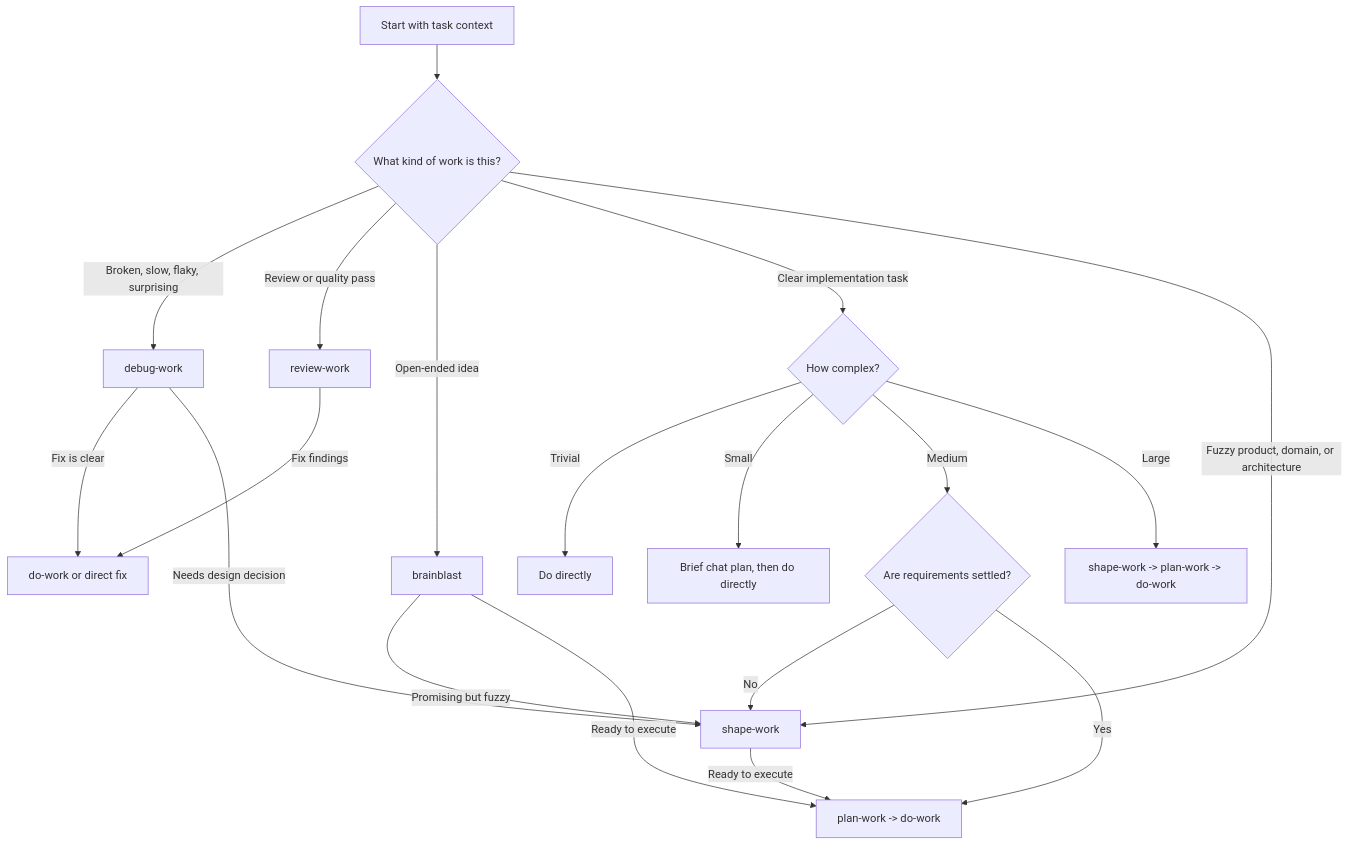
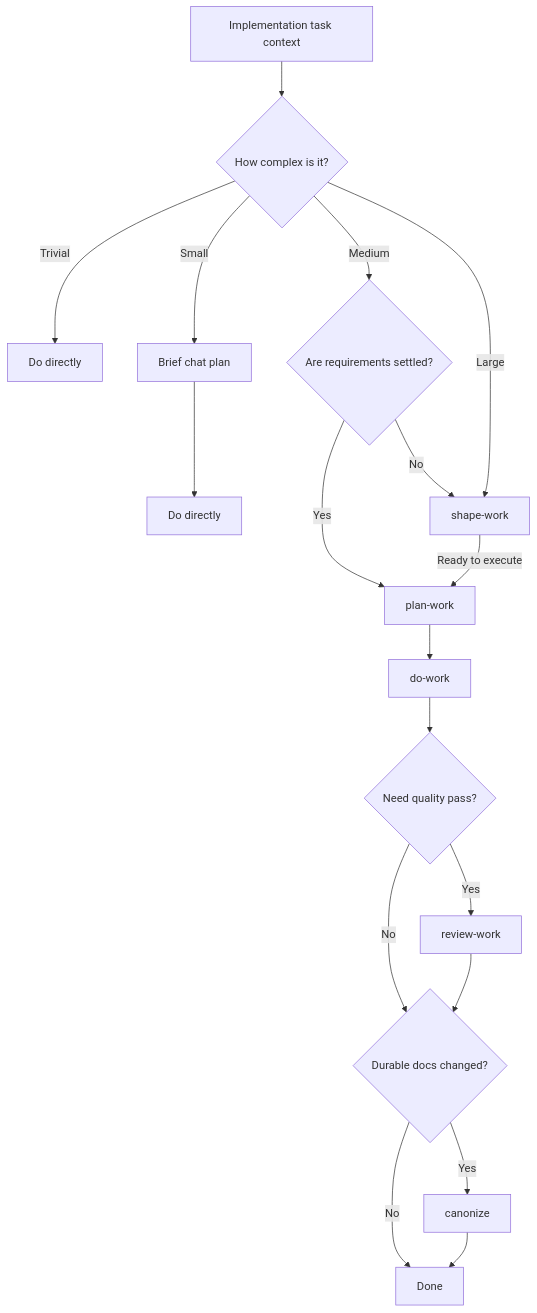
The diagram in README.md (morochena/skills), drawn with Mermaid before and after one commit. The commit also changed other lines of this file, not shown here.

````diff
--- a/README.md
+++ b/README.md
@@ -60,23 +60,20 @@
 ```mermaid
 flowchart TD
-  A["Start with task context"] --> B{"What kind of work is this?"}
-  B -->|"Broken, slow, flaky, surprising"| D["debug-work"]
-  B -->|"Review or quality pass"| R["review-work"]
-  B -->|"Open-ended idea"| BB["brainblast"]
-  B -->|"Clear implementation task"| C{"How complex?"}
-  B -->|"Fuzzy product, domain, or architecture"| S["shape-work"]
-
-  C -->|"Trivial"| T["Do directly"]
-  C -->|"Small"| SP["Brief chat plan, then do directly"]
-  C -->|"Medium"| M{"Are requirements settled?"}
-  C -->|"Large"| L["shape-work -> plan-work -> do-work"]
-
-  M -->|"No"| S
-  M -->|"Yes"| P["plan-work -> do-work"]
-  S -->|"Ready to execute"| P
-  BB -->|"Promising but fuzzy"| S
-  BB -->|"Ready to execute"| P
-  D -->|"Fix is clear"| DW["do-work or direct fix"]
-  D -->|"Needs design decision"| S
-  R -->|"Fix findings"| DW
+  A["Implementation task context"] --> B{"How complex is it?"}
+  B -->|"Trivial"| T["Do directly"]
+  B -->|"Small"| S1["Brief chat plan"]
+  S1 --> D1["Do directly"]
+  B -->|"Medium"| M{"Are requirements settled?"}
+  M -->|"No"| SH["shape-work"]
+  M -->|"Yes"| P["plan-work"]
+  B -->|"Large"| SH
+  SH -->|"Ready to execute"| P
+  P --> DW["do-work"]
+  DW --> R{"Need quality pass?"}
+  R -->|"Yes"| RW["review-work"]
+  R -->|"No"| C{"Durable docs changed?"}
+  RW --> C
+  C -->|"Yes"| CZ["canonize"]
+  C -->|"No"| Done["Done"]
+  CZ --> Done
 ```
````
